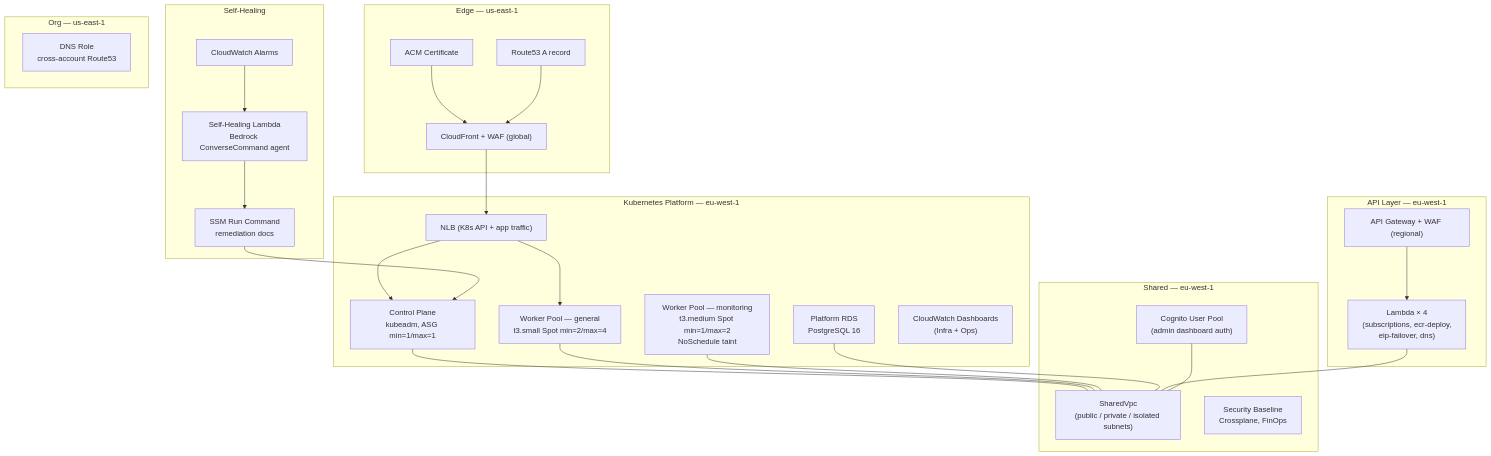
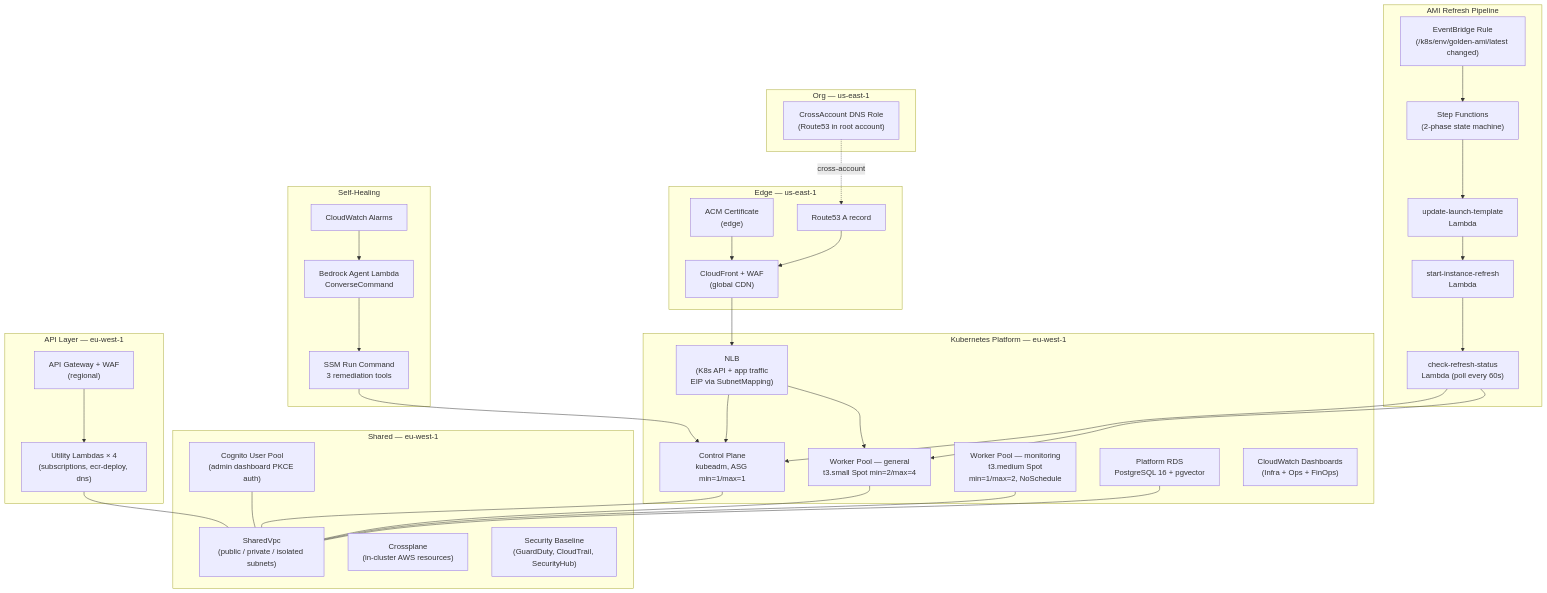
The diagram in README.md (Nelson-Lamounier/tucaken-infra), drawn with Mermaid before and after one commit. The commit also changed other lines of this file and 33 other files, not shown here.

````diff
--- a/README.md
+++ b/README.md
@@ -44,54 +46,70 @@
 ```mermaid
 graph TB
     subgraph "Edge — us-east-1"
-        CF["CloudFront + WAF (global)"]
-        ACM["ACM Certificate"]
+        CF["CloudFront + WAF\n(global CDN)"]
+        ACM["ACM Certificate\n(edge)"]
         R53["Route53 A record"]
     end
 
     subgraph "Shared — eu-west-1"
         VPC["SharedVpc\n(public / private / isolated subnets)"]
-        COGNITO["Cognito User Pool\n(admin dashboard auth)"]
-        SEC["Security Baseline\nCrossplane, FinOps"]
+        COGNITO["Cognito User Pool\n(admin dashboard PKCE auth)"]
+        XPLANE["Crossplane\n(in-cluster AWS resources)"]
+        SEC["Security Baseline\n(GuardDuty, CloudTrail, SecurityHub)"]
     end
 
     subgraph "Kubernetes Platform — eu-west-1"
-        NLB["NLB (K8s API + app traffic)"]
+        NLB["NLB\n(K8s API + app traffic\nEIP via SubnetMapping)"]
         CP["Control Plane\nkubeadm, ASG min=1/max=1"]
         WGEN["Worker Pool — general\nt3.small Spot min=2/max=4"]
-        WMON["Worker Pool — monitoring\nt3.medium Spot min=1/max=2\nNoSchedule taint"]
-        RDS["Platform RDS\nPostgreSQL 16"]
-        OBS["CloudWatch Dashboards\n(Infra + Ops)"]
+        WMON["Worker Pool — monitoring\nt3.medium Spot\nmin=1/max=2, NoSchedule"]
+        RDS["Platform RDS\nPostgreSQL 16 + pgvector"]
+        OBS["CloudWatch Dashboards\n(Infra + Ops + FinOps)"]
     end
 
-    subgraph "API Layer — eu-west-1"
-        APIGW["API Gateway + WAF (regional)"]
-        LAMBDA["Lambda × 4\n(subscriptions, ecr-deploy,\neip-failover, dns)"]
+    subgraph "AMI Refresh Pipeline"
+        EB["EventBridge Rule\n(/k8s/env/golden-ami/latest changed)"]
+        SF["Step Functions\n(2-phase state machine)"]
+        LT["update-launch-template\nLambda"]
+        SI["start-instance-refresh\nLambda"]
+        CS["check-refresh-status\nLambda (poll every 60s)"]
     end
 
     subgraph "Self-Healing"
         CWA["CloudWatch Alarms"]
-        SHL["Self-Healing Lambda\nBedrock ConverseCommand agent"]
-        SSM["SSM Run Command\nremediation docs"]
+        SHL["Bedrock Agent Lambda\nConverseCommand"]
+        SSM["SSM Run Command\n3 remediation tools"]
+    end
+
+    subgraph "API Layer — eu-west-1"
+        APIGW["API Gateway + WAF\n(regional)"]
+        UTIL["Utility Lambdas × 4\n(subscriptions, ecr-deploy, dns)"]
     end
 
     subgraph "Org — us-east-1"
-        DNS["DNS Role\ncross-account Route53"]
+        DNS["CrossAccount DNS Role\n(Route53 in root account)"]
     end
 
     CF --> NLB
     ACM --> CF
     R53 --> CF
     NLB --> CP
     NLB --> WGEN
     CP --- VPC
     WGEN --- VPC
     WMON --- VPC
     RDS --- VPC
-    APIGW --> LAMBDA
-    LAMBDA --- VPC
     COGNITO --- VPC
+    APIGW --> UTIL
+    UTIL --- VPC
     CWA --> SHL
     SHL --> SSM
     SSM --> CP
+    EB --> SF
+    SF --> LT
+    LT --> SI
+    SI --> CS
+    CS --> CP
+    CS --> WGEN
+    DNS -.->|cross-account| R53
 ```
````
